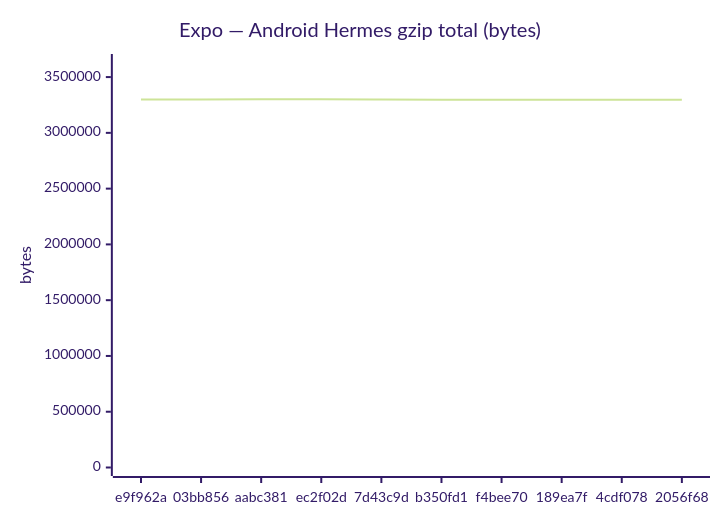
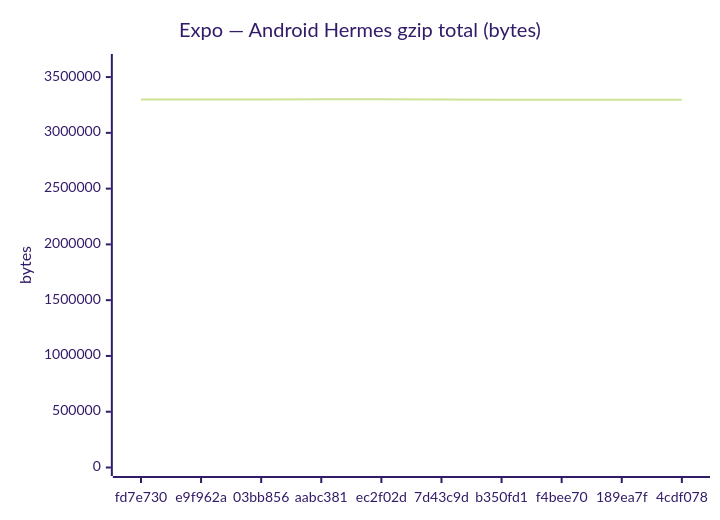
The fifth of 18 diagrams in benchmarks/compare.md (Metaheurist/Rianell), drawn with Mermaid (forest theme) before and after one commit. The commit also changed other lines of this file and 11 other files, not shown here.

````diff
--- a/benchmarks/compare.md
+++ b/benchmarks/compare.md
@@ -89,7 +89,7 @@
 ```mermaid
 xychart-beta
     title "Expo — Android Hermes gzip total (bytes)"
-    x-axis ["e9f962a", "03bb856", "aabc381", "ec2f02d", "7d43c9d", "b350fd1", "f4bee70", "189ea7f", "4cdf078", "2056f68"]
+    x-axis ["fd7e730", "e9f962a", "03bb856", "aabc381", "ec2f02d", "7d43c9d", "b350fd1", "f4bee70", "189ea7f", "4cdf078"]
     y-axis "bytes" 0 --> 3630694
-    line [3300034, 3300038, 3300630, 3300522, 3299950, 3296025, 3296632, 3296023, 3295973, 3295761]
+    line [3300038, 3300034, 3300038, 3300630, 3300522, 3299950, 3296025, 3296632, 3296023, 3295973]
 ```
````
